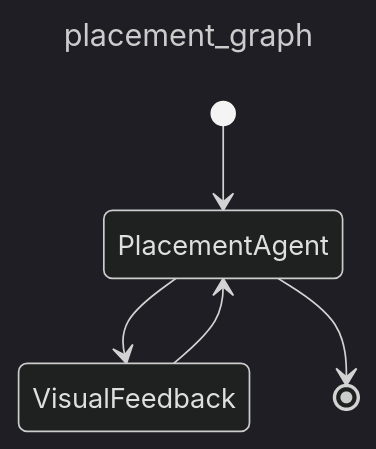
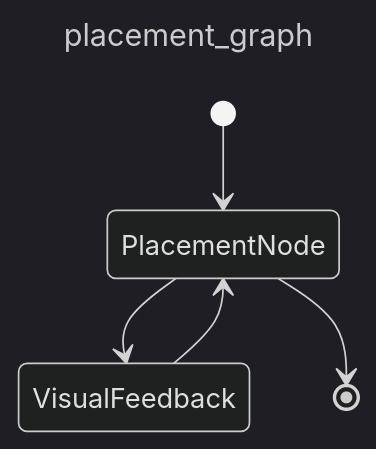
Before and after one commit to SceneBuilder/SceneBuilder: the diagram in assets/placement_graph.md, drawn with Mermaid (dark theme). The commit also changed 23 other files, not shown here.

Commit message:
Refactored `*Agent`s → `*Node`s. Modularized out into files.

````diff
--- a/assets/placement_graph.md
+++ b/assets/placement_graph.md
@@ -1,10 +1,10 @@
 ```mermaid
 ---
 title: placement_graph
 ---
 stateDiagram-v2
-  [*] --> PlacementAgent
-  PlacementAgent --> VisualFeedback
-  PlacementAgent --> [*]
-  VisualFeedback --> PlacementAgent
+  [*] --> PlacementNode
+  PlacementNode --> VisualFeedback
+  PlacementNode --> [*]
+  VisualFeedback --> PlacementNode
 ```
````
